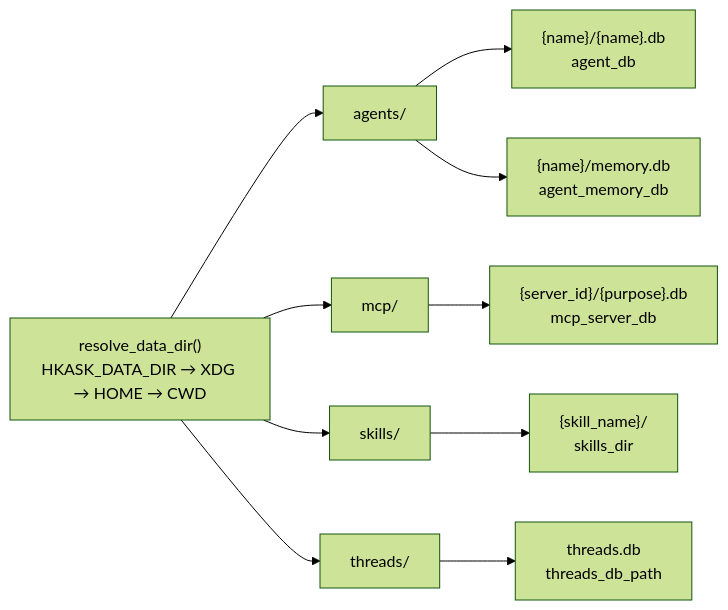
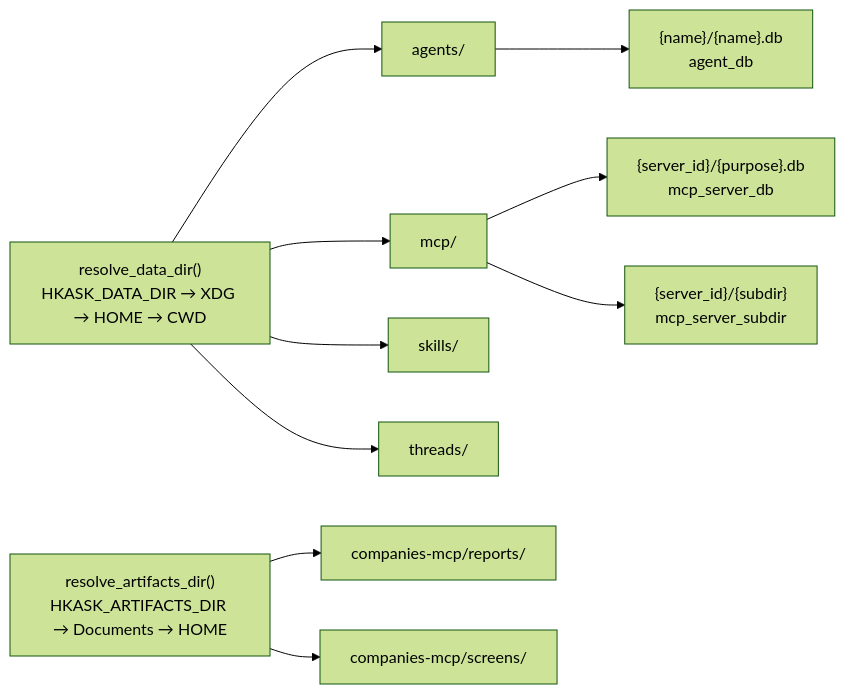
The second of 4 diagrams in kask/docs/diataxis/hkask-types/reference.md (mdz-axo/zed-kask), drawn with Mermaid (forest theme) before and after one commit. The commit also changed other lines of this file and 41 other files, not shown here.

````diff
--- a/kask/docs/diataxis/hkask-types/reference.md
+++ b/kask/docs/diataxis/hkask-types/reference.md
@@ -141,12 +149,12 @@
 ```mermaid
 flowchart LR
-    ROOT["resolve_data_dir()<br/>HKASK_DATA_DIR → XDG → HOME → CWD"] --> AGENTS["agents/"]
-    ROOT --> MCP["mcp/"]
-    ROOT --> SKILLS["skills/"]
-    ROOT --> THREADS["threads/"]
+    DATA["resolve_data_dir()<br/>HKASK_DATA_DIR → XDG → HOME → CWD"] --> AGENTS["agents/"]
+    DATA --> MCP["mcp/"]
+    DATA --> SKILLS["skills/"]
+    DATA --> THREADS["threads/"]
+    ART["resolve_artifacts_dir()<br/>HKASK_ARTIFACTS_DIR → Documents → HOME"] --> CM["companies-mcp/reports/"]
+    ART --> CS["companies-mcp/screens/"]
     AGENTS --> A1["{name}/{name}.db<br/>agent_db"]
-    AGENTS --> A2["{name}/memory.db<br/>agent_memory_db"]
     MCP --> M1["{server_id}/{purpose}.db<br/>mcp_server_db"]
-    SKILLS --> S1["{skill_name}/<br/>skills_dir"]
-    THREADS --> T1["threads.db<br/>threads_db_path"]
+    MCP --> M2["{server_id}/{subdir}<br/>mcp_server_subdir"]
 ```
````
